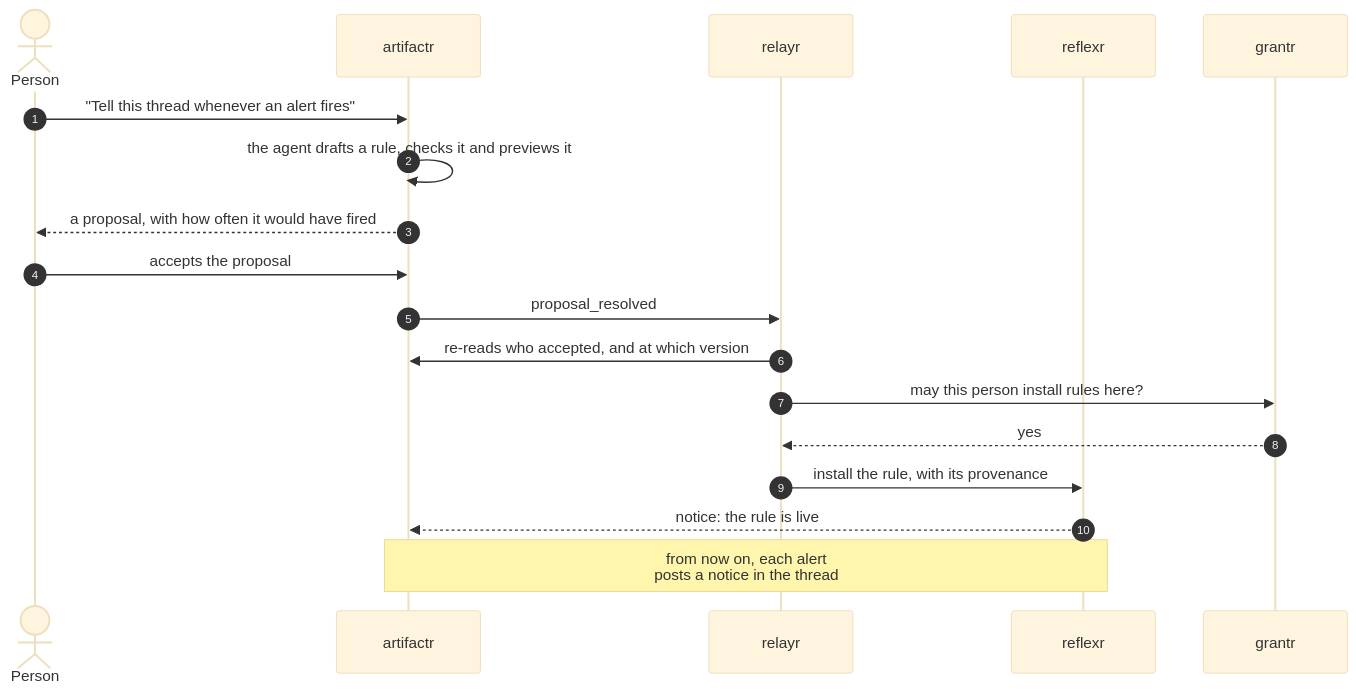
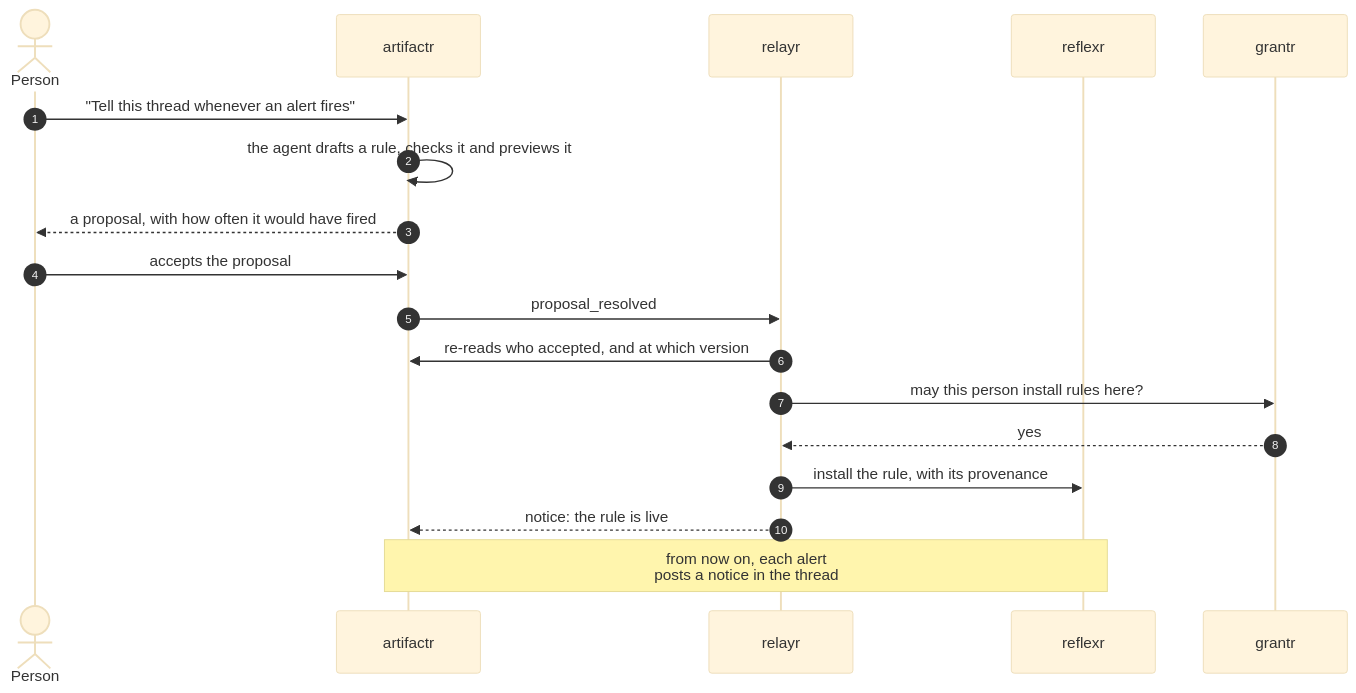
The diagram in README.md (alexnodeland/lattice), drawn with Mermaid (base theme) before and after one commit. The commit also changed other lines of this file and 46 other files, not shown here.

````diff
--- a/README.md
+++ b/README.md
@@ -65,20 +65,20 @@
 ```mermaid
 sequenceDiagram
     autonumber
     actor P as Person
     participant A as artifactr
     participant L as relayr
     participant R as reflexr
     participant G as grantr
     P->>A: "Tell this thread whenever an alert fires"
     A->>A: the agent drafts a rule, checks it and previews it
     A-->>P: a proposal, with how often it would have fired
     P->>A: accepts the proposal
     A->>L: proposal_resolved
     L->>A: re-reads who accepted, and at which version
     L->>G: may this person install rules here?
     G-->>L: yes
     L->>R: install the rule, with its provenance
-    R-->>A: notice: the rule is live
+    L-->>A: notice: the rule is live
     Note over R,A: from now on, each alert<br/>posts a notice in the thread
 ```
````
